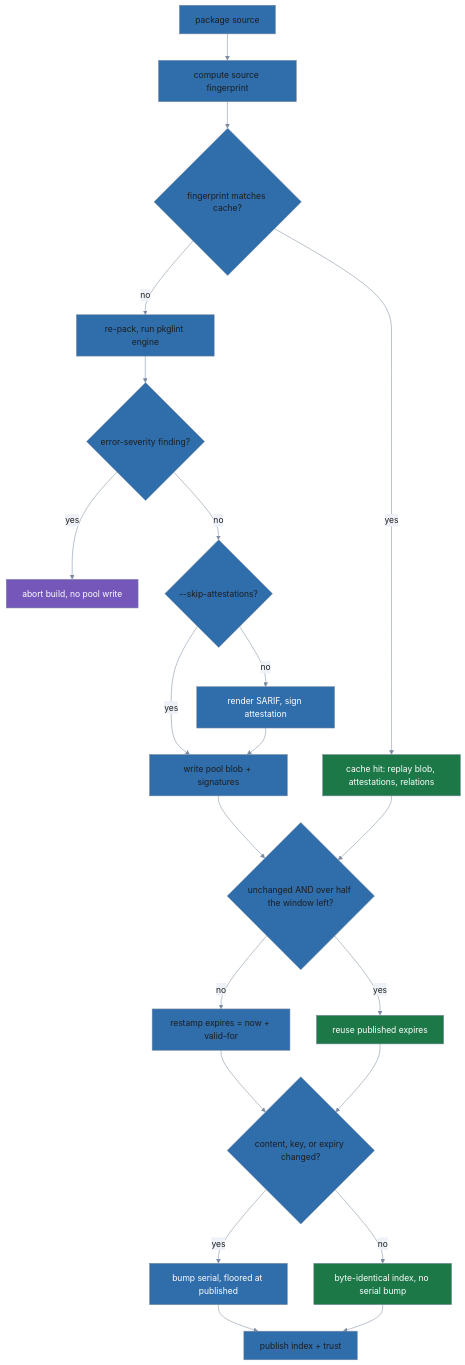
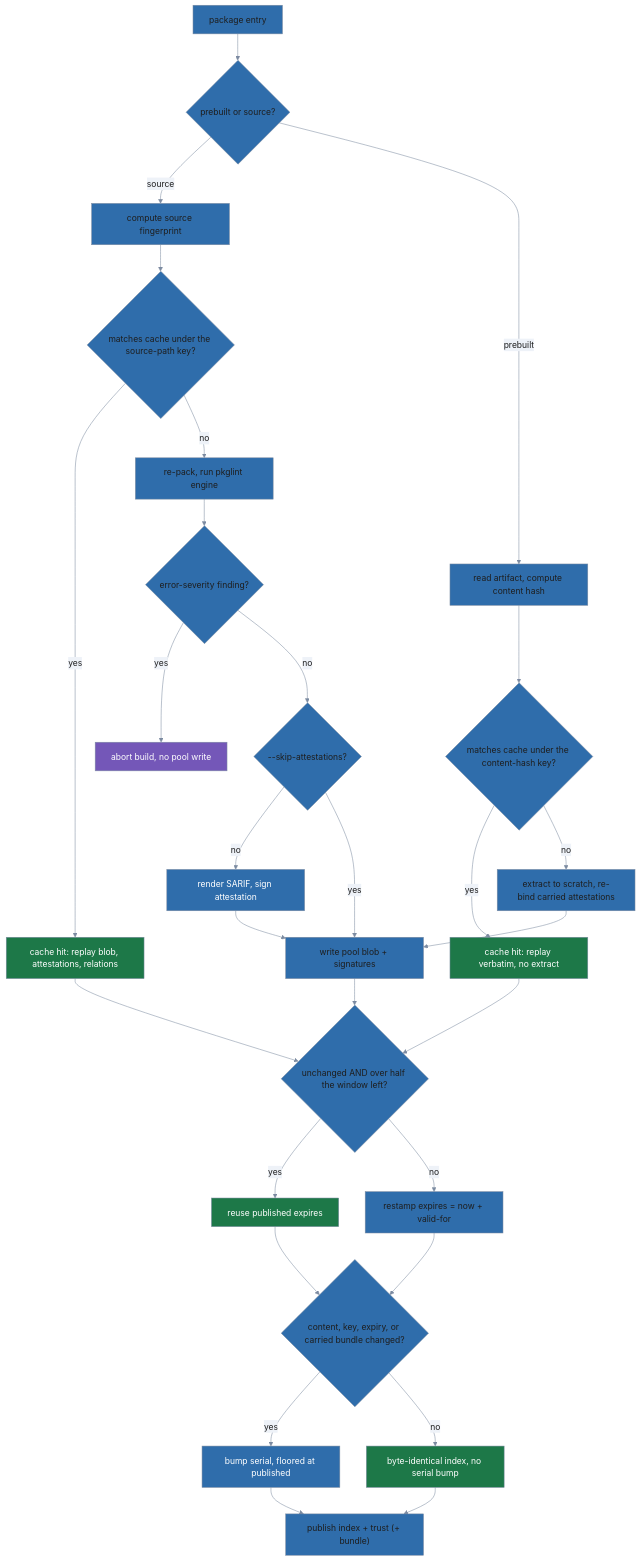
The diagram in docs/dev/repo-publisher.md (trevor-vaughan/polypkg), drawn with Mermaid before and after one commit. The commit also changed other lines of this file and 28 other files, not shown here.

````diff
--- a/docs/dev/repo-publisher.md
+++ b/docs/dev/repo-publisher.md
@@ -187,40 +484,50 @@
 ```mermaid
 %%{init: {'theme': 'base', 'themeVariables': {
   'primaryColor': '#2f6dab',
   'primaryTextColor': '#1e1e1e',
   'primaryBorderColor': '#7c8ba1',
   'lineColor': '#7c8ba1',
   'edgeLabelBackground': '#eef2f8',
   'clusterBkg': 'transparent',
   'clusterBorder': '#7c8ba1',
   'titleColor': '#7c8ba1',
   'fontFamily': 'system-ui, sans-serif'
 }, 'themeCSS': '.node .nodeLabel{color:#ffffff!important;fill:#ffffff!important;}'}}%%
 flowchart TD
-  start["package source"] --> fp["compute source fingerprint"]
-  fp --> hit{"fingerprint matches cache?"}
+  start["package entry"] --> kind{"prebuilt or source?"}
+
+  kind -->|source| fp["compute source fingerprint"]
+  fp --> hit{"matches cache under the source-path key?"}
   hit -->|yes| reuse["cache hit: replay blob, attestations, relations"]
   hit -->|no| lint["re-pack, run pkglint engine"]
   lint --> gate{"error-severity finding?"}
   gate -->|yes| abort["abort build, no pool write"]
   gate -->|no| skip{"--skip-attestations?"}
   skip -->|no| att["render SARIF, sign attestation"]
   skip -->|yes| pool["write pool blob + signatures"]
   att --> pool
+
+  kind -->|prebuilt| ch["read artifact, compute content hash"]
+  ch --> phit{"matches cache under the content-hash key?"}
+  phit -->|yes| preuse["cache hit: replay verbatim, no extract"]
+  phit -->|no| extract["extract to scratch, re-bind carried attestations"]
+  extract --> pool
+
   pool --> expiry{"unchanged AND over half the window left?"}
   reuse --> expiry
+  preuse --> expiry
   expiry -->|yes| keep["reuse published expires"]
   expiry -->|no| stamp["restamp expires = now + valid-for"]
-  stamp --> serial{"content, key, or expiry changed?"}
+  stamp --> serial{"content, key, expiry, or carried bundle changed?"}
   keep --> serial
   serial -->|yes| bump["bump serial, floored at published"]
   serial -->|no| noop["byte-identical index, no serial bump"]
-  bump --> publish["publish index + trust"]
+  bump --> publish["publish index + trust (+ bundle)"]
   noop --> publish
   classDef sysA fill:#2f6dab,color:#ffffff,stroke:#7c8ba1
   classDef sysB fill:#1d7848,color:#ffffff,stroke:#7c8ba1
   classDef sysC fill:#7457b8,color:#ffffff,stroke:#7c8ba1
   class att,bump sysA
-  class reuse,keep,noop sysB
+  class reuse,preuse,keep,noop sysB
   class abort sysC
 ```
````
